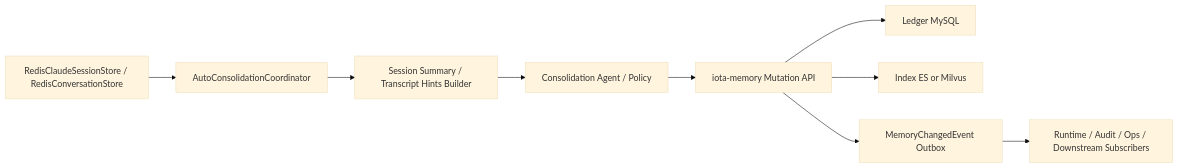
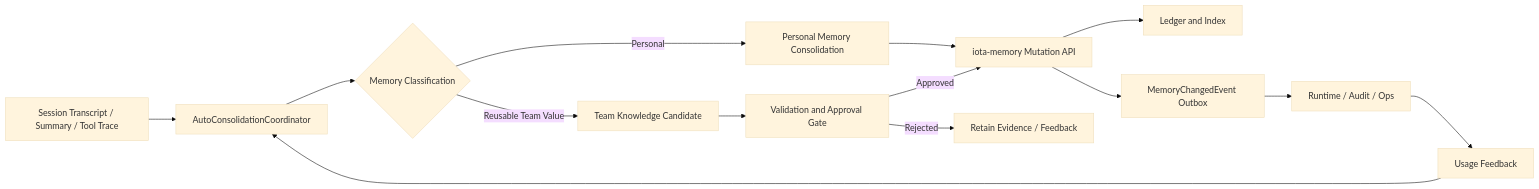
The first of 3 diagrams in memory_design/09-iota-autodream-alignment-solution.md (tenderne13/claude-code), drawn with Mermaid (base theme) before and after one commit. The commit also changed other lines of this file and 1 other file, not shown here.

````diff
--- a/memory_design/09-iota-autodream-alignment-solution.md
+++ b/memory_design/09-iota-autodream-alignment-solution.md
@@ -450,11 +516,16 @@
 ```mermaid
 flowchart LR
-    A[RedisClaudeSessionStore / RedisConversationStore] --> B[AutoConsolidationCoordinator]
-    B --> C[Session Summary / Transcript Hints Builder]
-    C --> D[Consolidation Agent / Policy]
-    D --> E[iota-memory Mutation API]
-    E --> F[Ledger MySQL]
-    E --> G[Index ES or Milvus]
-    E --> H[MemoryChangedEvent Outbox]
-    H --> I[Runtime / Audit / Ops / Downstream Subscribers]
+    A[Session Transcript / Summary / Tool Trace] --> B[AutoConsolidationCoordinator]
+    B --> C{Memory Classification}
+    C -->|Personal| D[Personal Memory Consolidation]
+    C -->|Reusable Team Value| E[Team Knowledge Candidate]
+    D --> F[iota-memory Mutation API]
+    E --> G[Validation and Approval Gate]
+    G -->|Approved| F
+    G -->|Rejected| H[Retain Evidence / Feedback]
+    F --> I[Ledger and Index]
+    F --> J[MemoryChangedEvent Outbox]
+    J --> K[Runtime / Audit / Ops]
+    K --> L[Usage Feedback]
+    L --> B
 ```
````
